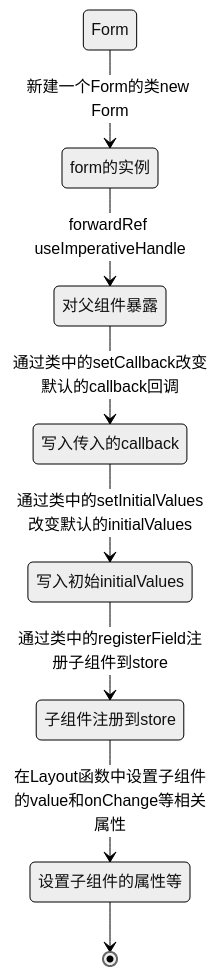
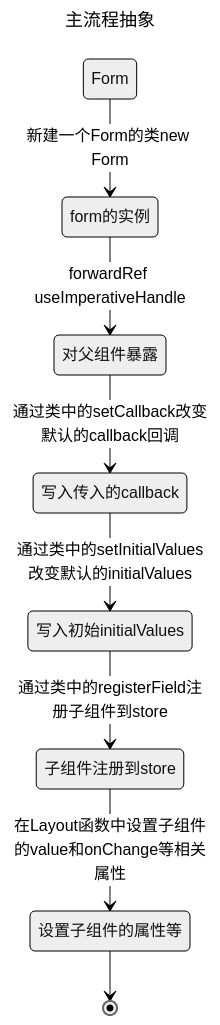
Before and after one commit to liquidGo/Basic_Konwledge_Extension: the second of 5 diagrams in 10_COMPONENTS/Form.md, drawn with Mermaid (neutral theme). The commit also changed other lines of this file, not shown here.

````diff
--- a/10_COMPONENTS/Form.md
+++ b/10_COMPONENTS/Form.md
@@ -27,10 +27,13 @@
 ```mermaid
+---
+title: 主流程抽象
+---
 stateDiagram-v2
 Form-->form的实例: 新建一个Form的类new Form
 form的实例-->对父组件暴露: forwardRef useImperativeHandle
 对父组件暴露-->写入传入的callback: 通过类中的setCallback改变默认的callback回调
 写入传入的callback-->写入初始initialValues: 通过类中的setInitialValues改变默认的initialValues
 写入初始initialValues-->子组件注册到store: 通过类中的registerField注册子组件到store
 子组件注册到store-->设置子组件的属性等: 在Layout函数中设置子组件的value和onChange等相关属性
 设置子组件的属性等-->[*]
 ```
````
